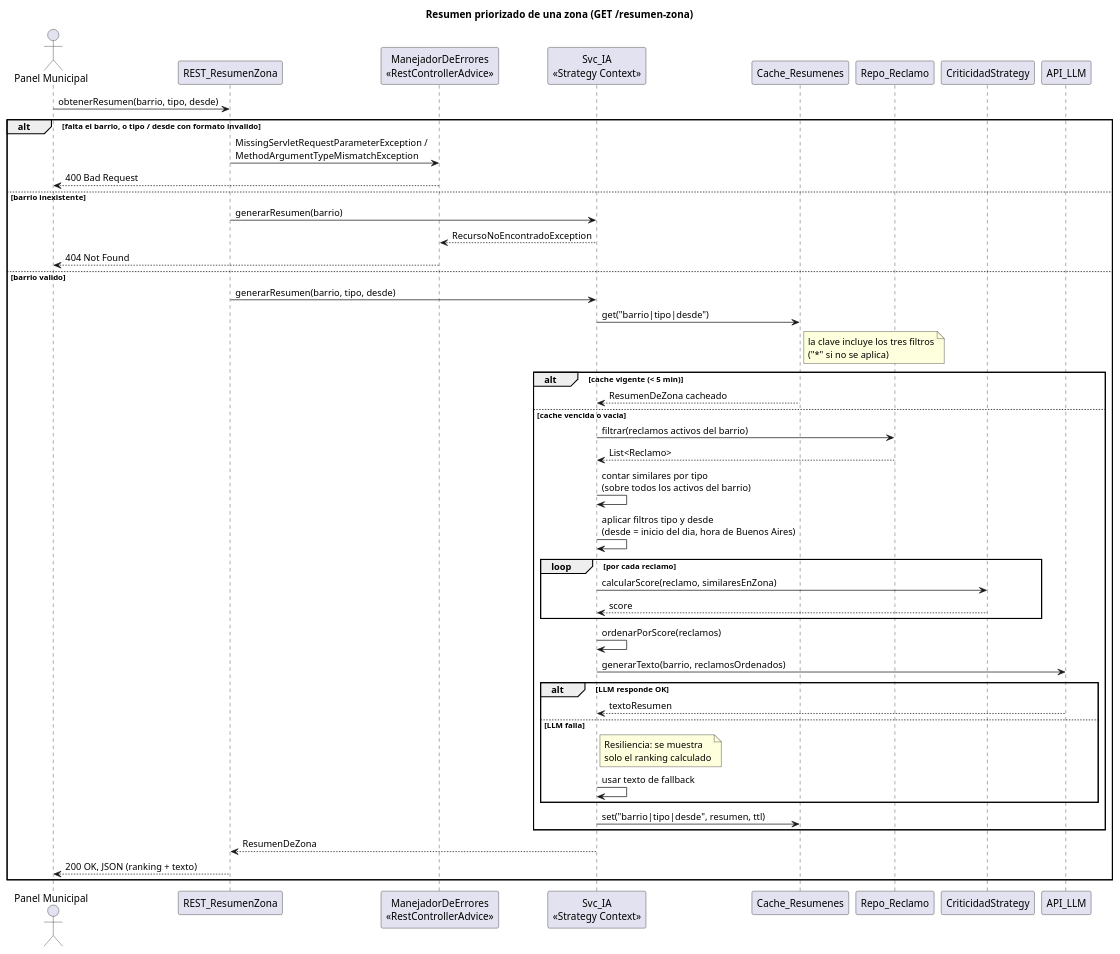
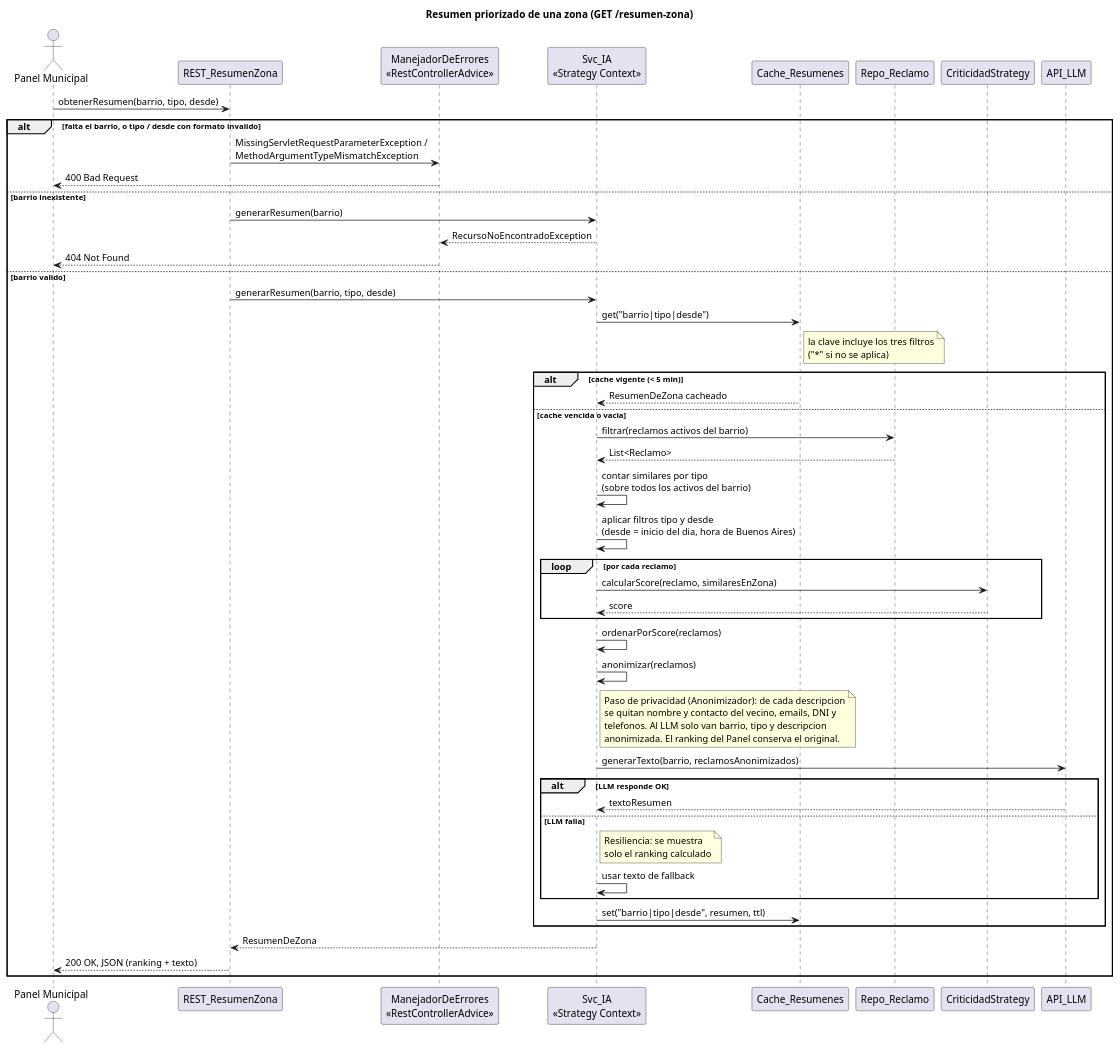
The diagram in docs/03_secuencia_resumen_zona.puml (francolovera24/Backend-TicketeraMunicipal-DDA2), drawn with PlantUML before and after one commit. The commit also changed 9 other files, not shown here.

First line of the commit message:
Punto 12: anonimizacion antes del LLM

```diff
--- a/docs/03_secuencia_resumen_zona.puml
+++ b/docs/03_secuencia_resumen_zona.puml
@@ -1,57 +1,65 @@
 @startuml
 title Resumen priorizado de una zona (GET /resumen-zona)
 
 actor "Panel Municipal" as Panel
 participant "REST_ResumenZona" as REST
 participant "ManejadorDeErrores\n<<RestControllerAdvice>>" as Errores
 participant "Svc_IA\n<<Strategy Context>>" as Svc
 participant "Cache_Resumenes" as Cache
 participant "Repo_Reclamo" as Repo
 participant "CriticidadStrategy" as Strategy
 participant "API_LLM" as LLM
 
 Panel -> REST : obtenerResumen(barrio, tipo, desde)
 
 alt falta el barrio, o tipo / desde con formato invalido
     REST -> Errores : MissingServletRequestParameterException /\nMethodArgumentTypeMismatchException
     Errores --> Panel : 400 Bad Request
 else barrio inexistente
     REST -> Svc : generarResumen(barrio)
     Svc --> Errores : RecursoNoEncontradoException
     Errores --> Panel : 404 Not Found
 else barrio valido
     REST -> Svc : generarResumen(barrio, tipo, desde)
     Svc -> Cache : get("barrio|tipo|desde")
     note right of Cache : la clave incluye los tres filtros\n("*" si no se aplica)
 
     alt cache vigente (< 5 min)
         Cache --> Svc : ResumenDeZona cacheado
     else cache vencida o vacia
         Svc -> Repo : filtrar(reclamos activos del barrio)
         Repo --> Svc : List<Reclamo>
         Svc -> Svc : contar similares por tipo\n(sobre todos los activos del barrio)
         Svc -> Svc : aplicar filtros tipo y desde\n(desde = inicio del dia, hora de Buenos Aires)
 
         loop por cada reclamo
             Svc -> Strategy : calcularScore(reclamo, similaresEnZona)
             Strategy --> Svc : score
         end
 
         Svc -> Svc : ordenarPorScore(reclamos)
 
-        Svc -> LLM : generarTexto(barrio, reclamosOrdenados)
+        Svc -> Svc : anonimizar(reclamos)
+        note right of Svc
+          Paso de privacidad (Anonimizador): de cada descripcion
+          se quitan nombre y contacto del vecino, emails, DNI y
+          telefonos. Al LLM solo van barrio, tipo y descripcion
+          anonimizada. El ranking del Panel conserva el original.
+        end note
+
+        Svc -> LLM : generarTexto(barrio, reclamosAnonimizados)
 
         alt LLM responde OK
             LLM --> Svc : textoResumen
         else LLM falla
             note right of Svc : Resiliencia: se muestra\nsolo el ranking calculado
             Svc -> Svc : usar texto de fallback
         end
 
         Svc -> Cache : set("barrio|tipo|desde", resumen, ttl)
     end
 
     Svc --> REST : ResumenDeZona
     REST --> Panel : 200 OK, JSON (ranking + texto)
 end
 @enduml
```
